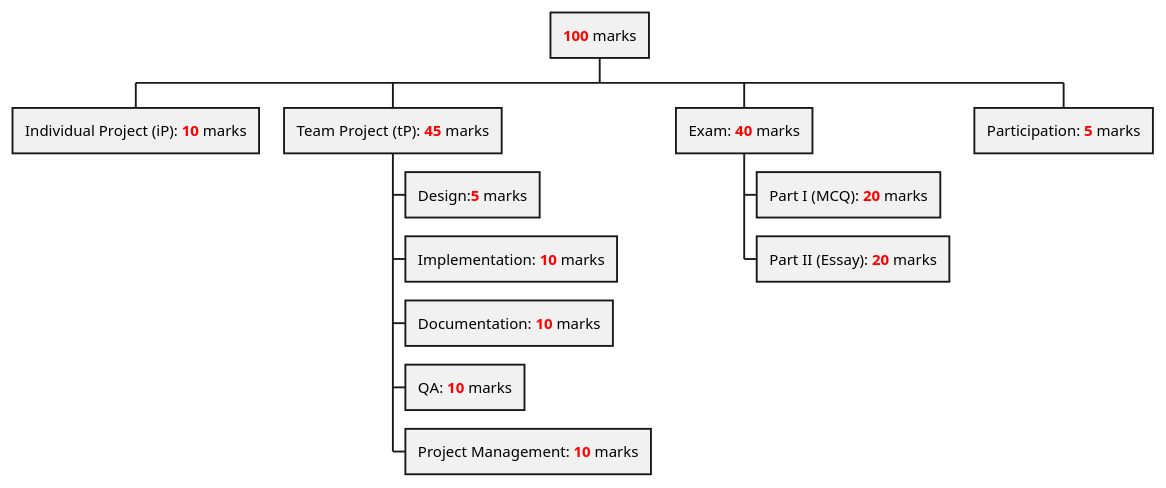
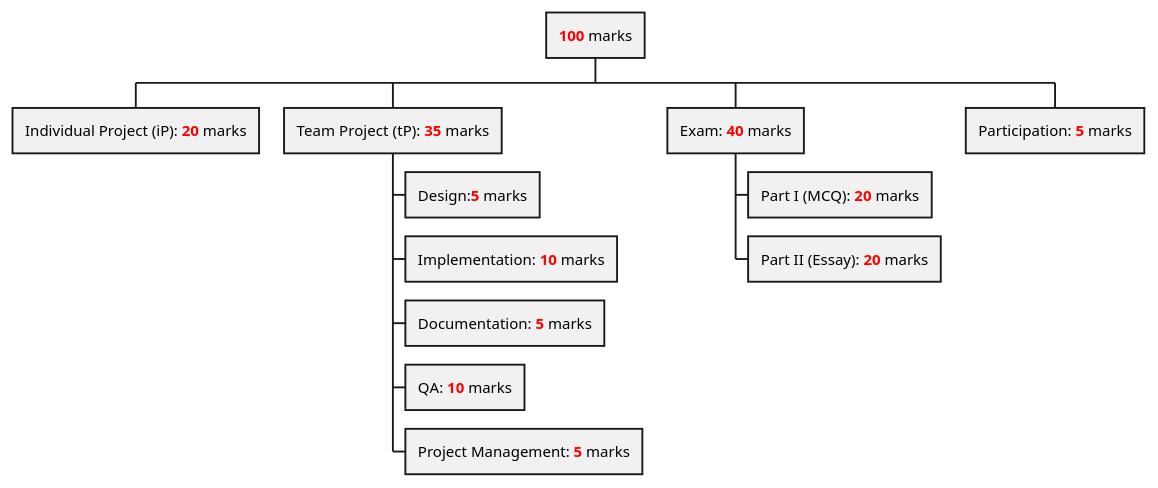
One commit to nus-cs2113-AY1920S2/website changed the diagram in admin/images/grade-breakdown.puml. Above: the diagram before and after it, drawn with PlantUML. The commit also changed 824 other files, not shown here.

```diff
--- a/admin/images/grade-breakdown.puml
+++ b/admin/images/grade-breakdown.puml
@@ -1,15 +1,15 @@
 @startwbs
 skinparam backgroundcolor transparent
 + <b><color:red>100</color></b> marks
- + Individual Project (iP): <b><color:red>10</color></b> marks
- + Team Project (tP): <b><color:red>45</color></b> marks
+ + Individual Project (iP): <b><color:red>20</color></b> marks
+ + Team Project (tP): <b><color:red>35</color></b> marks
   + Design:<b><color:red>5</color></b> marks
   + Implementation: <b><color:red>10</color></b> marks
-  + Documentation: <b><color:red>10</color></b> marks
+  + Documentation: <b><color:red>5</color></b> marks
   + QA: <b><color:red>10</color></b> marks
-  + Project Management: <b><color:red>10</color></b> marks
+  + Project Management: <b><color:red>5</color></b> marks
  + Exam: <b><color:red>40</color></b> marks
   + Part I (MCQ): <b><color:red>20</color></b> marks
   + Part II (Essay): <b><color:red>20</color></b> marks
  + Participation: <b><color:red>5</color></b> marks
 @endwbs
```
